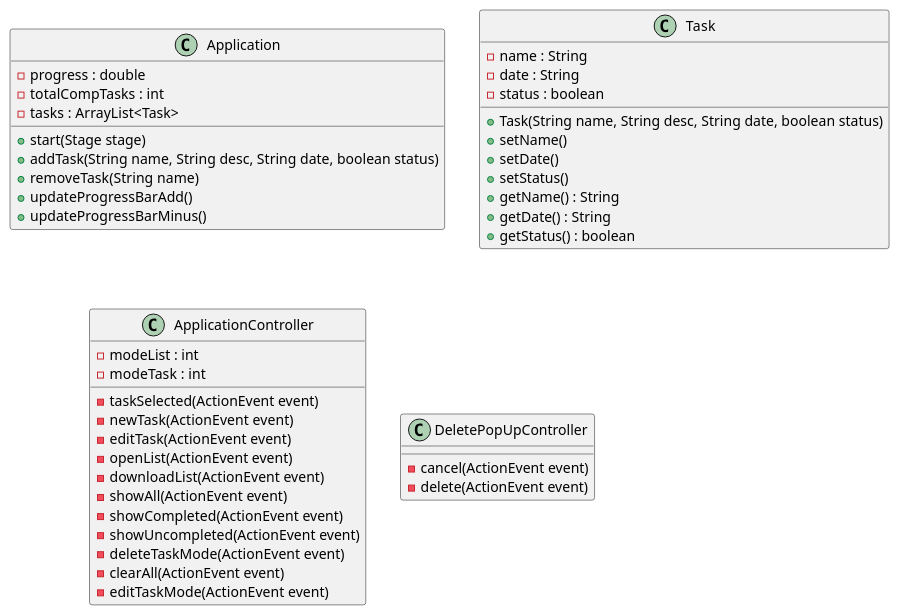
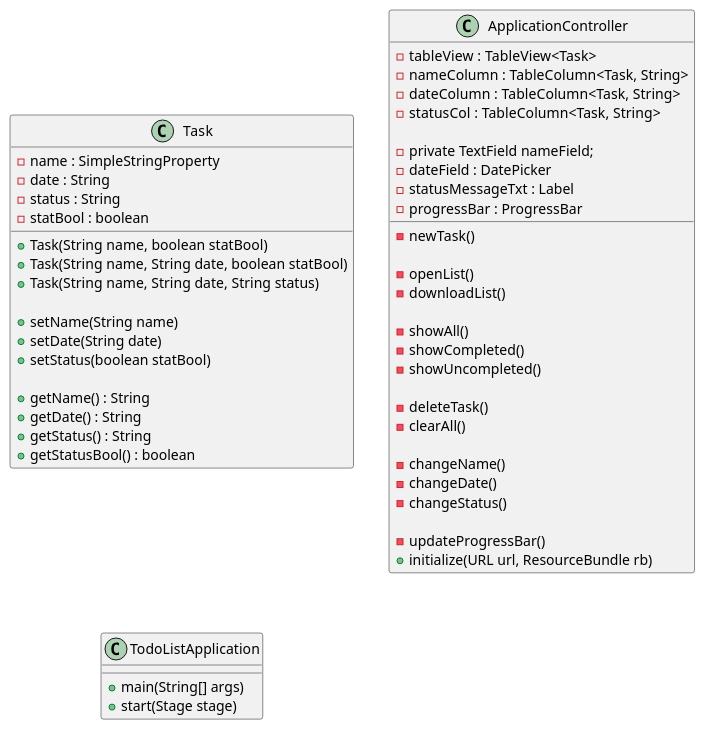
One commit to breemars/marsiano-app1-impl changed the diagram in docs/ApplicationUML.puml. Above: the diagram before and after it, drawn with PlantUML. The commit also changed 8 other files, not shown here.

```diff
--- a/docs/ApplicationUML.puml
+++ b/docs/ApplicationUML.puml
@@ -1,59 +1,64 @@
 @startuml
-
-class Application{
-'attributes
-    - progress : double
-    - totalCompTasks : int
-    - tasks : ArrayList<Task>
-
-'methods
-    +start(Stage stage)
-    +addTask(String name, String desc, String date, boolean status)
-    +removeTask(String name)
-    +updateProgressBarAdd()
-    +updateProgressBarMinus()
-}
 
 class Task {
 'attributes
-    - name : String
+    - name : SimpleStringProperty
     - date : String
-    - status : boolean
+    - status : String
+    - statBool : boolean
 
 'methods
-    +Task(String name, String desc, String date, boolean status)
-    +setName()
-    +setDate()
-    +setStatus()
+    +Task(String name, boolean statBool)
+    +Task(String name, String date, boolean statBool)
+    +Task(String name, String date, String status)
+
+    +setName(String name)
+    +setDate(String date)
+    +setStatus(boolean statBool)
+
     +getName() : String
     +getDate() : String
-    +getStatus() : boolean
+    +getStatus() : String
+    +getStatusBool() : boolean
 }
 
 class ApplicationController{
 'attributes
-    -modeList : int
-    -modeTask : int
+    - tableView : TableView<Task>
+    - nameColumn : TableColumn<Task, String>
+    - dateColumn : TableColumn<Task, String>
+    - statusCol : TableColumn<Task, String>
+
+    - private TextField nameField;
+    - dateField : DatePicker
+    - statusMessageTxt : Label
+    - progressBar : ProgressBar
 
 'methods
-    -taskSelected(ActionEvent event)
-    -newTask(ActionEvent event)
-    -editTask(ActionEvent event)
-    -openList(ActionEvent event)
-    -downloadList(ActionEvent event)
-    -showAll(ActionEvent event)
-    -showCompleted(ActionEvent event)
-    -showUncompleted(ActionEvent event)
-    -deleteTaskMode(ActionEvent event)
-    -clearAll(ActionEvent event)
-    -editTaskMode(ActionEvent event)
+    -newTask()
+
+    -openList()
+    -downloadList()
+
+    -showAll()
+    -showCompleted()
+    -showUncompleted()
+
+    -deleteTask()
+    -clearAll()
+
+    -changeName()
+    -changeDate()
+    -changeStatus()
+
+    -updateProgressBar()
+    +initialize(URL url, ResourceBundle rb)
 }
 
-class DeletePopUpController{
+class TodoListApplication{
 'methods
-    -cancel(ActionEvent event)
-    -delete(ActionEvent event)
+    +main(String[] args)
+    +start(Stage stage)
 }
 
-
 @enduml
```
